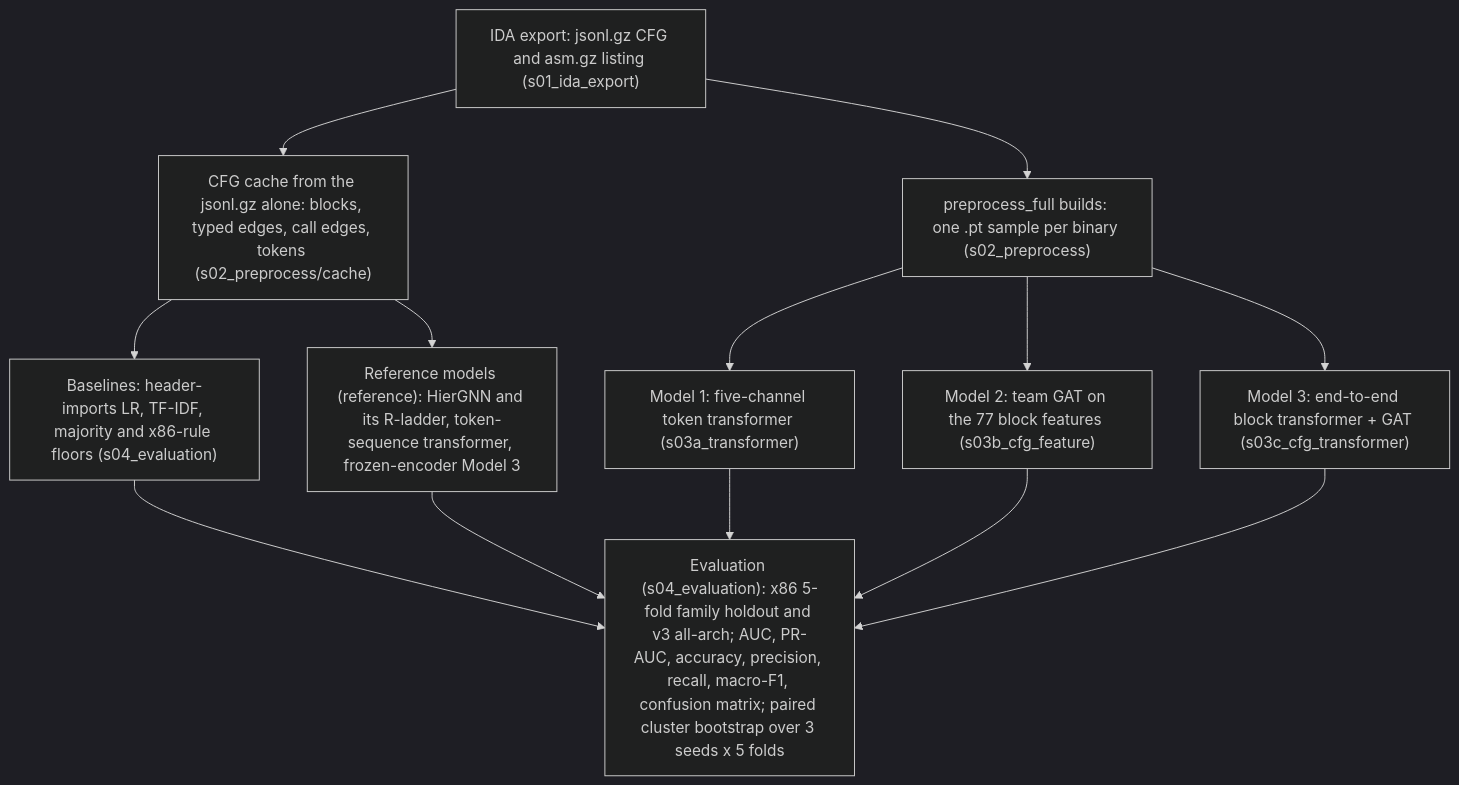
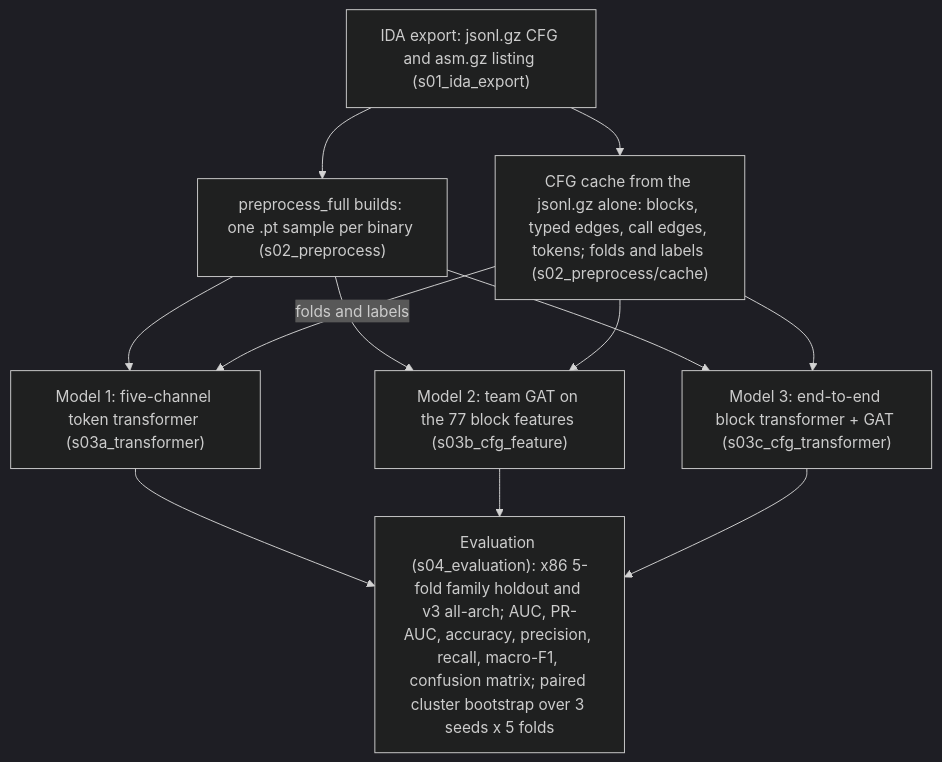
Before and after one commit to doroluo/ransomware-detection-masters-project: the diagram in CT_GAT/pipeline/README.md, drawn with Mermaid (dark theme). The commit also changed other lines of this file and 184 other files, not shown here.

````diff
--- a/CT_GAT/pipeline/README.md
+++ b/CT_GAT/pipeline/README.md
@@ -8,16 +8,15 @@
 ```mermaid
 flowchart TD
     A["IDA export: jsonl.gz CFG and asm.gz listing (s01_ida_export)"] --> P["preprocess_full builds: one .pt sample per binary (s02_preprocess)"]
     P --> M1["Model 1: five-channel token transformer (s03a_transformer)"]
     P --> M2["Model 2: team GAT on the 77 block features (s03b_cfg_feature)"]
     P --> M3["Model 3: end-to-end block transformer + GAT (s03c_cfg_transformer)"]
-    A --> B["CFG cache from the jsonl.gz alone: blocks, typed edges, call edges, tokens (s02_preprocess/cache)"]
-    B --> BASE["Baselines: header-imports LR, TF-IDF, majority and x86-rule floors (s04_evaluation)"]
-    B --> REF["Reference models (reference): HierGNN and its R-ladder, token-sequence transformer, frozen-encoder Model 3"]
-    BASE --> EV
-    REF --> EV
+    A --> B["CFG cache from the jsonl.gz alone: blocks, typed edges, call edges, tokens; folds and labels (s02_preprocess/cache)"]
+    B -->|"folds and labels"| M1
+    B --> M2
+    B --> M3
     M1 --> EV
     M2 --> EV
     M3 --> EV
     EV["Evaluation (s04_evaluation): x86 5-fold family holdout and v3 all-arch; AUC, PR-AUC, accuracy, precision, recall, macro-F1, confusion matrix; paired cluster bootstrap over 3 seeds x 5 folds"]
 ```
````
